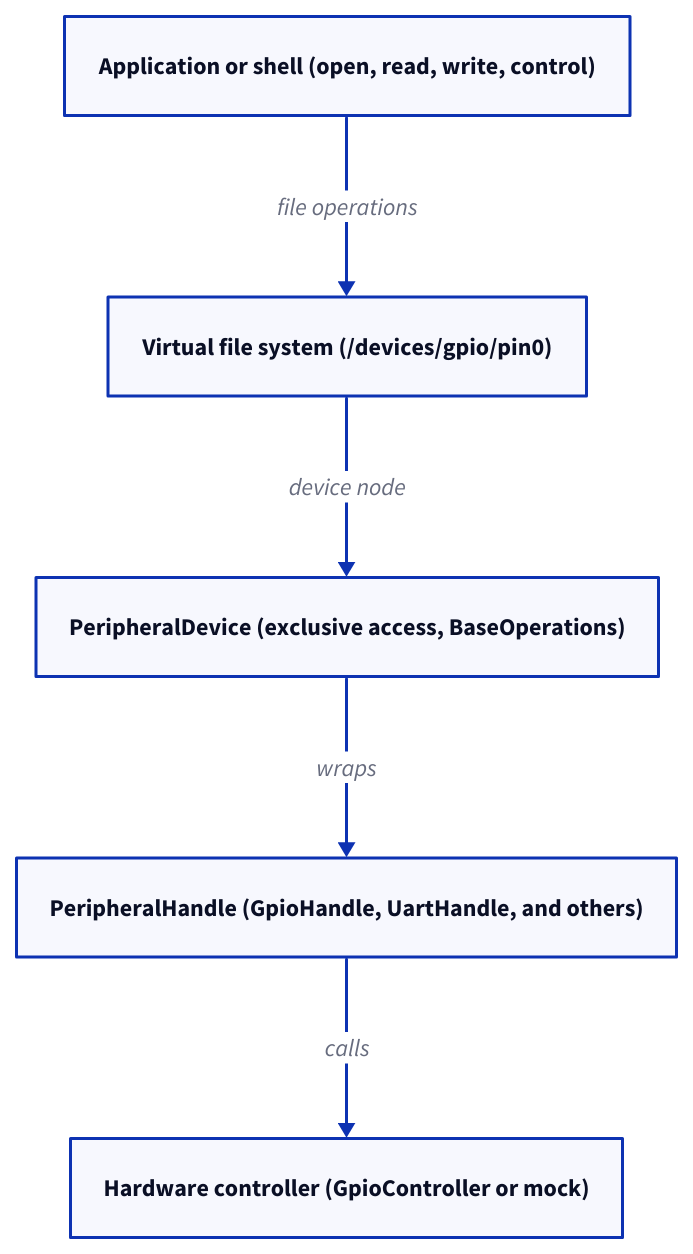
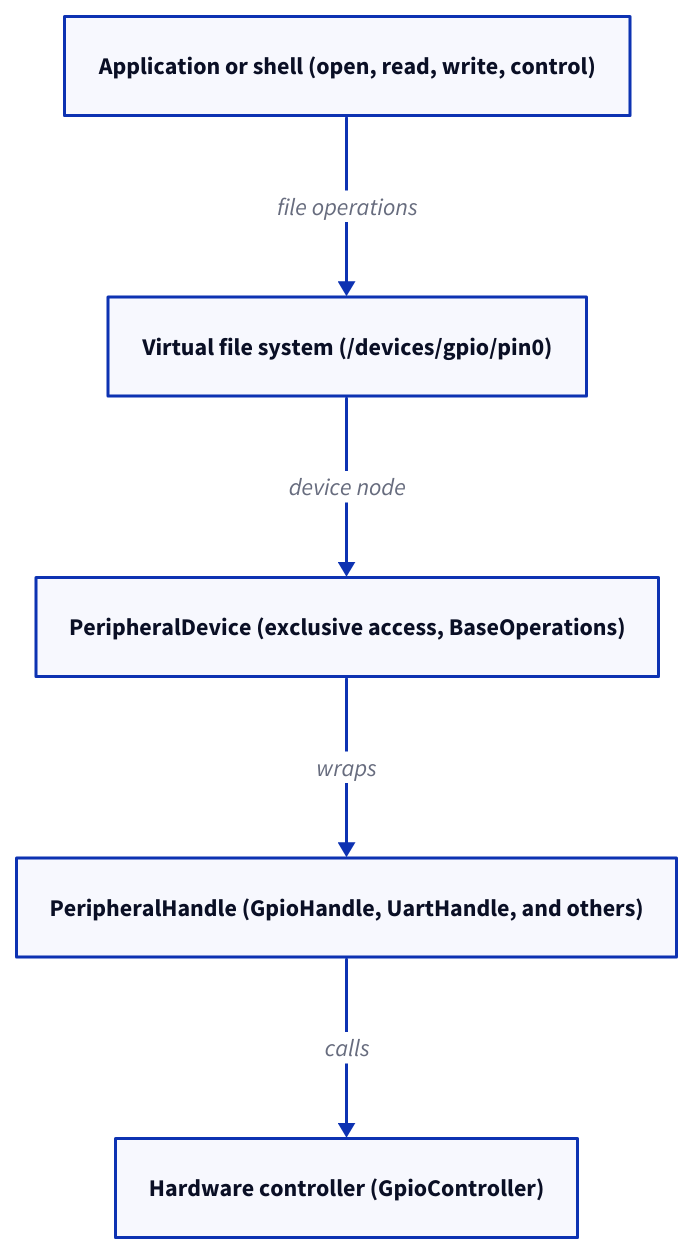
One commit to xila-project/website changed the diagram in src/content/docs/explanation/architecture/libraries/peripherals.mdx. Above: the diagram before and after it, drawn with D2. The commit also changed 6 other files, not shown here.

First line of the commit message:
docs(diagrams): apply the review findings to the libraries diagrams

````diff
--- a/src/content/docs/explanation/architecture/libraries/peripherals.mdx
+++ b/src/content/docs/explanation/architecture/libraries/peripherals.mdx
@@ -44,12 +44,12 @@
 ```d2 title="Peripheral access through the virtual file system"
 direction: down
 app: Application or shell (open, read, write, control) { class: io }
 vfs: Virtual file system (/devices/gpio/pin0) { class: component }
-adapter: PeripheralDevice (exclusive access, BaseOperations) { class: focus }
+adapter: PeripheralDevice (exclusive access, BaseOperations) { class: component }
 handle: PeripheralHandle (GpioHandle, UartHandle, and others) { class: component }
-controller: Hardware controller (GpioController or mock) { class: hardware }
+controller: Hardware controller (GpioController) { class: hardware }
 app -> vfs: file operations
 vfs -> adapter: device node
 adapter -> handle: wraps
 handle -> controller: calls
 ```
````
